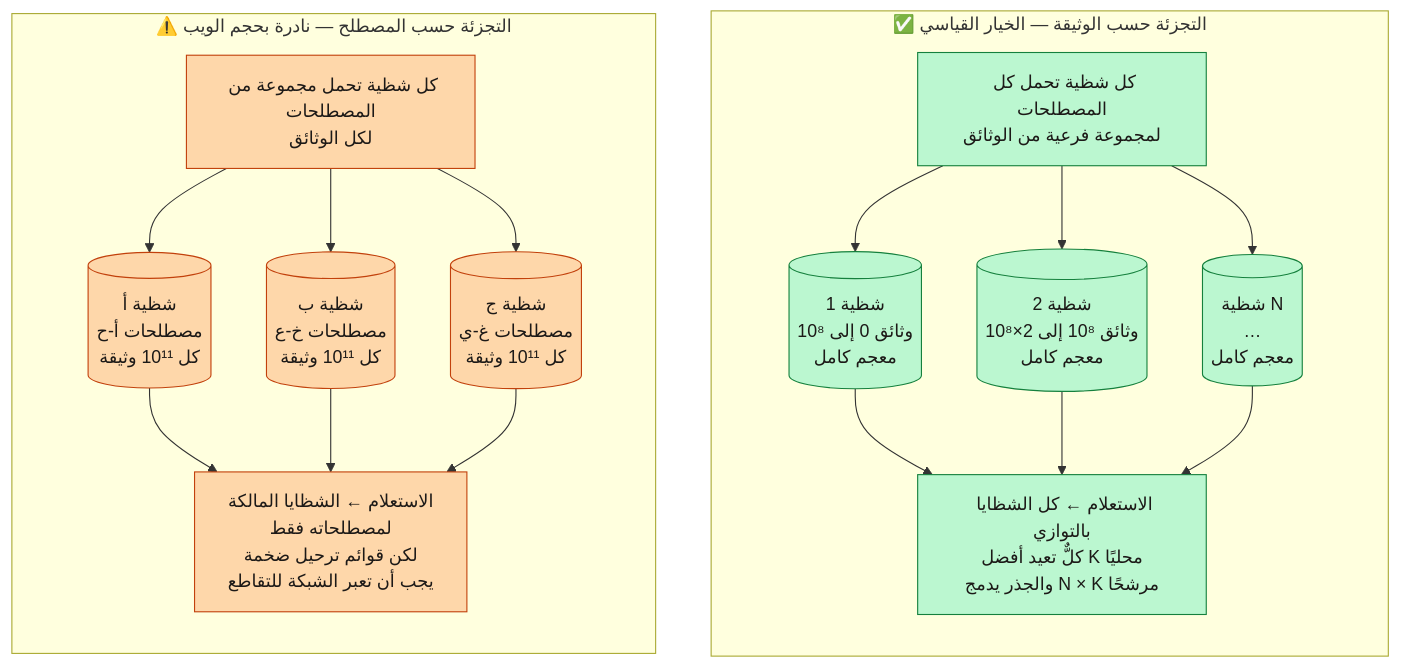
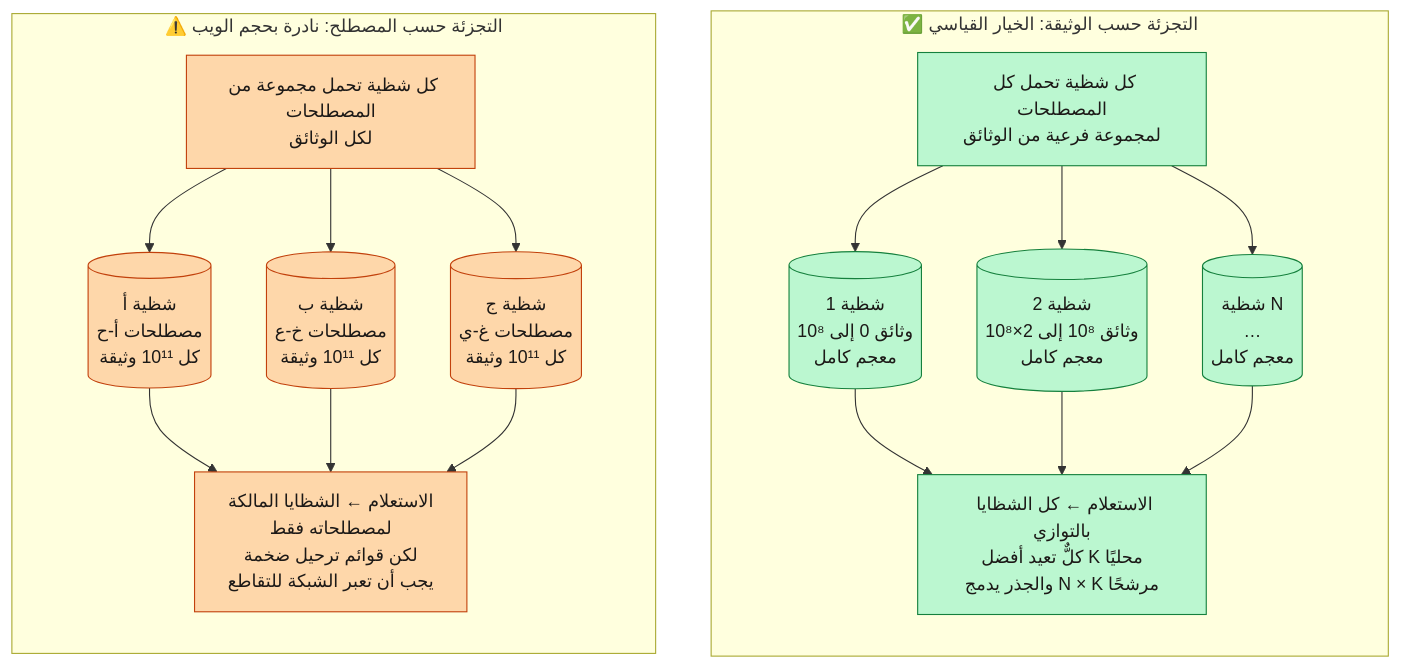
Before and after one commit to ahmedselimmansor-ctrl/google-search-system-design: the third of 7 diagrams in docs/ar/06-indexing.md, drawn with Mermaid. The commit also changed other lines of this file and 89 other files, not shown here.

````diff
--- a/docs/ar/06-indexing.md
+++ b/docs/ar/06-indexing.md
@@ -149,29 +149,29 @@
 ```mermaid
 flowchart TB
-    subgraph DOCP["✅ التجزئة حسب الوثيقة — الخيار القياسي"]
+    subgraph DOCP["✅ التجزئة حسب الوثيقة: الخيار القياسي"]
         direction TB
         DP["كل شظية تحمل كل المصطلحات<br/>لمجموعة فرعية من الوثائق"]
         DPS1[("شظية 1<br/>وثائق 0 إلى 10⁸<br/>معجم كامل")]
         DPS2[("شظية 2<br/>وثائق 10⁸ إلى 2×10⁸<br/>معجم كامل")]
         DPS3[("شظية N<br/>…<br/>معجم كامل")]
         DP --> DPS1 & DPS2 & DPS3
         DPQ["الاستعلام ← كل الشظايا بالتوازي<br/>كلٌّ تعيد أفضل K محليًا<br/>والجذر يدمج N × K مرشحًا"]
         DPS1 & DPS2 & DPS3 --> DPQ
     end
 
-    subgraph TERMP["⚠️ التجزئة حسب المصطلح — نادرة بحجم الويب"]
+    subgraph TERMP["⚠️ التجزئة حسب المصطلح: نادرة بحجم الويب"]
         direction TB
         TP["كل شظية تحمل مجموعة من المصطلحات<br/>لكل الوثائق"]
         TPS1[("شظية أ<br/>مصطلحات أ-ح<br/>كل 10¹¹ وثيقة")]
         TPS2[("شظية ب<br/>مصطلحات خ-ع<br/>كل 10¹¹ وثيقة")]
         TPS3[("شظية ج<br/>مصطلحات غ-ي<br/>كل 10¹¹ وثيقة")]
         TP --> TPS1 & TPS2 & TPS3
         TPQ["الاستعلام ← الشظايا المالكة<br/>لمصطلحاته فقط<br/>لكن قوائم ترحيل ضخمة<br/>يجب أن تعبر الشبكة للتقاطع"]
         TPS1 & TPS2 & TPS3 --> TPQ
     end
 
     classDef good fill:#bbf7d0,stroke:#15803d,color:#1c1917
     classDef bad fill:#fed7aa,stroke:#c2410c,color:#1c1917
     class DP,DPS1,DPS2,DPS3,DPQ good
     class TP,TPS1,TPS2,TPS3,TPQ bad
 ```
````
